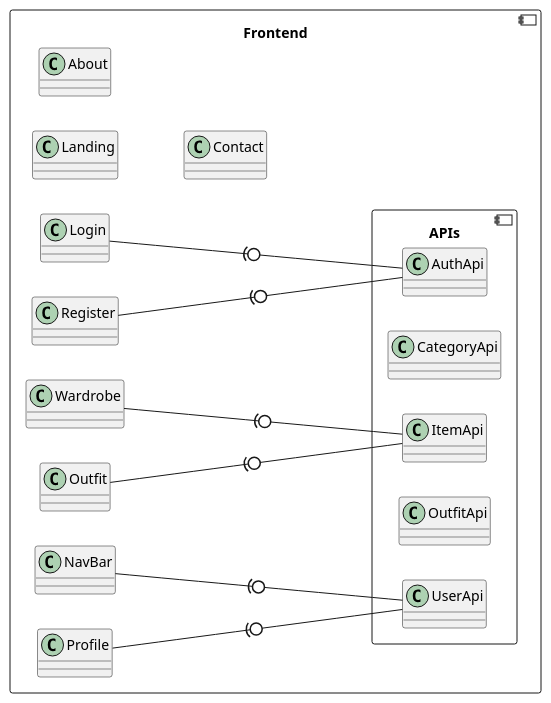
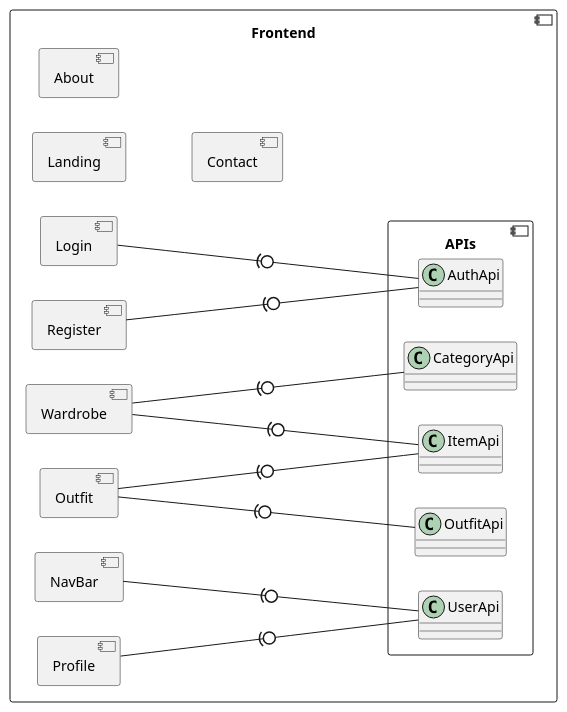
The diagram in diagrams/FrontendClassDiagram.puml (aniaxb/Froom), drawn with PlantUML before and after one commit. The commit also changed 1 other file, not shown here.

Commit message:
Translated sequence diagram from ENG to PL and fixed DataAnalysisClassDiagram

```diff
--- a/diagrams/FrontendClassDiagram.puml
+++ b/diagrams/FrontendClassDiagram.puml
@@ -1,32 +1,37 @@
 @startuml
 
 left to right direction
+allow_mixing
 
 component Frontend {
-    class Landing
-    class About
-    class Contact
-    class Login
-    class Register
-    class Wardrobe
-    class Outfit
-    class NavBar
-    class Profile
+
+    component Login
+    component Register
+    component Wardrobe
+    component Outfit
+    component NavBar
+    component Profile
+
+    component Landing
+    component About
+    component Contact
 
     component APIs {
     class AuthApi
     class CategoryApi
     class ItemApi
     class OutfitApi
     class UserApi
     }
 
     Login --(0-- AuthApi
     Register --(0-- AuthApi
     Wardrobe --(0-- ItemApi
     Outfit --(0-- ItemApi
     NavBar --(0-- UserApi
     Profile --(0-- UserApi
+    Outfit --(0-- OutfitApi
+    Wardrobe --(0-- CategoryApi
 }
 
 @enduml
```
